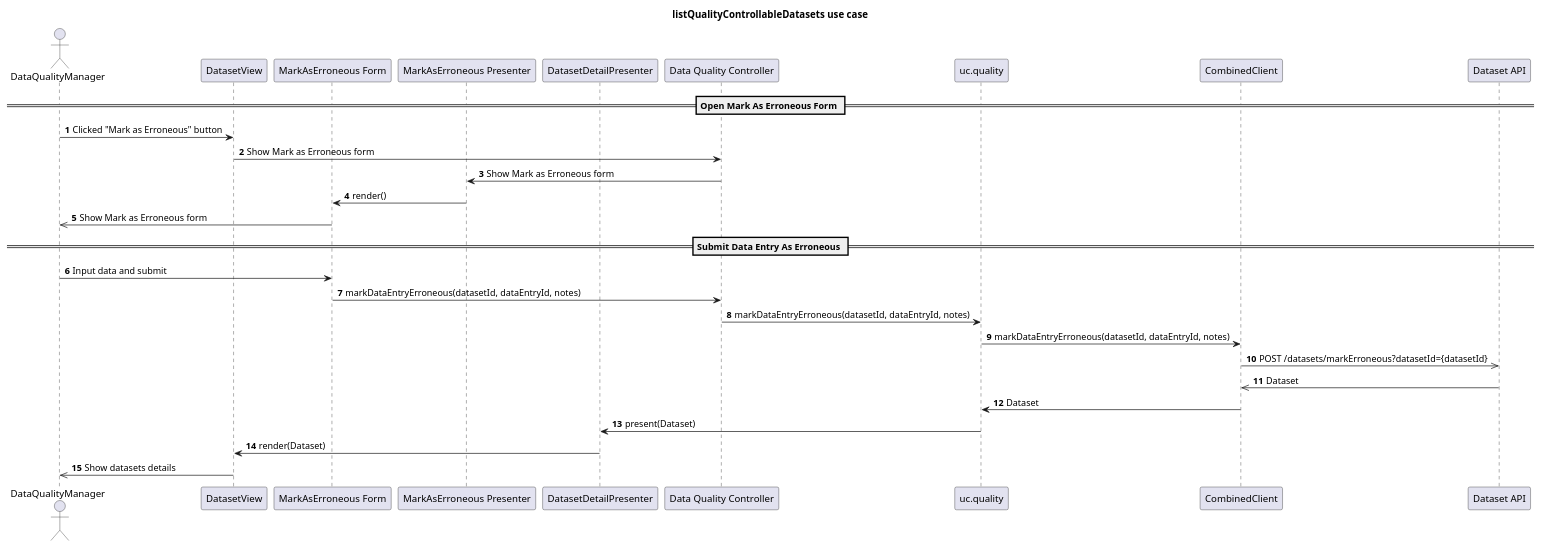
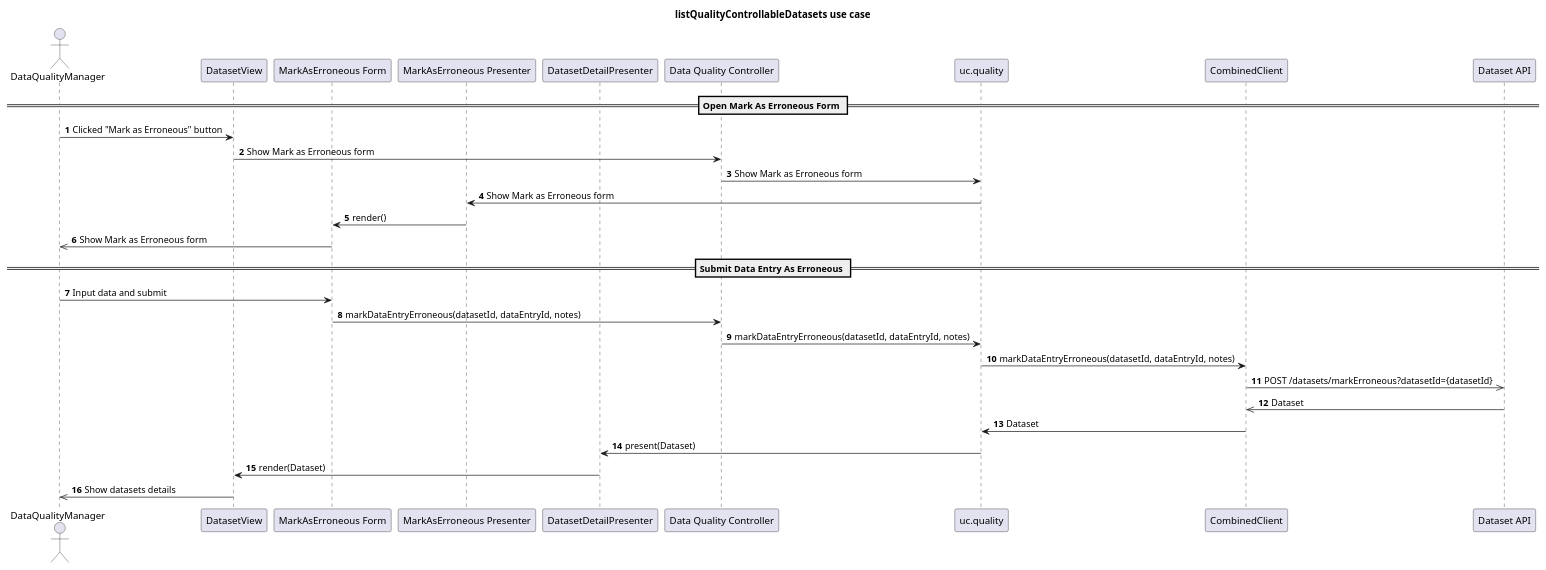
One commit to POP2025-EEPW/doorce-frontend changed the diagram in diagrams/sequence/markDataEntryErroneus.puml. Above: the diagram before and after it, drawn with PlantUML. The commit also changed 2 other files, not shown here.

Commit message:
fix: fixed errors in diagrams

```diff
--- a/diagrams/sequence/markDataEntryErroneus.puml
+++ b/diagrams/sequence/markDataEntryErroneus.puml
@@ -1,33 +1,34 @@
 @startuml
 title listQualityControllableDatasets use case
 autonumber
 
 actor DataQualityManager as User
 
 participant "DatasetView" as View
 participant "MarkAsErroneous Form" as FormView
 participant "MarkAsErroneous Presenter" as Presenter
 participant "DatasetDetailPresenter" as DatasetPresenter
 participant "Data Quality Controller" as Controller
 participant "uc.quality" as UseCase
 participant "CombinedClient" as Client
 participant "Dataset API" as Http
 
 == Open Mark As Erroneous Form ==
 User -> View : Clicked "Mark as Erroneous" button
 View -> Controller : Show Mark as Erroneous form
-Controller -> Presenter : Show Mark as Erroneous form
+Controller -> UseCase : Show Mark as Erroneous form
+UseCase -> Presenter : Show Mark as Erroneous form
 Presenter -> FormView : render()
 FormView ->> User : Show Mark as Erroneous form
 == Submit Data Entry As Erroneous ==
 User -> FormView : Input data and submit
 FormView -> Controller : markDataEntryErroneous(datasetId, dataEntryId, notes)
 Controller -> UseCase : markDataEntryErroneous(datasetId, dataEntryId, notes)
 UseCase -> Client :  markDataEntryErroneous(datasetId, dataEntryId, notes)
 Client ->> Http : POST /datasets/markErroneous?datasetId={datasetId}
 Http ->> Client : Dataset
 Client -> UseCase : Dataset
 UseCase -> DatasetPresenter : present(Dataset)
 DatasetPresenter -> View : render(Dataset)
 View ->> User : Show datasets details
 @enduml
```
